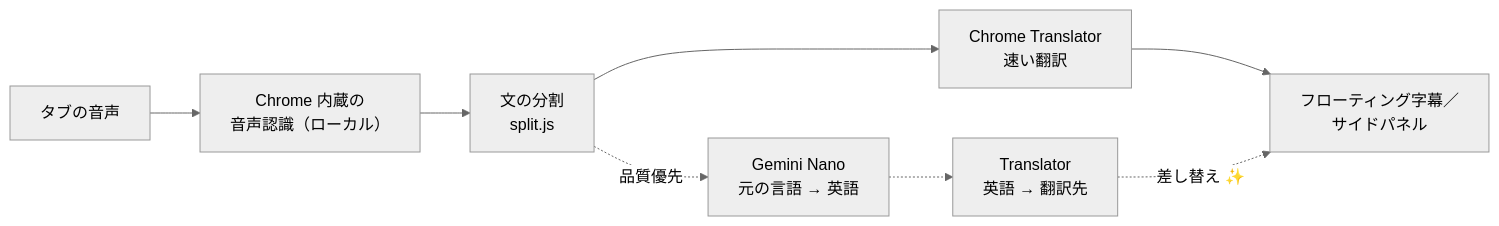
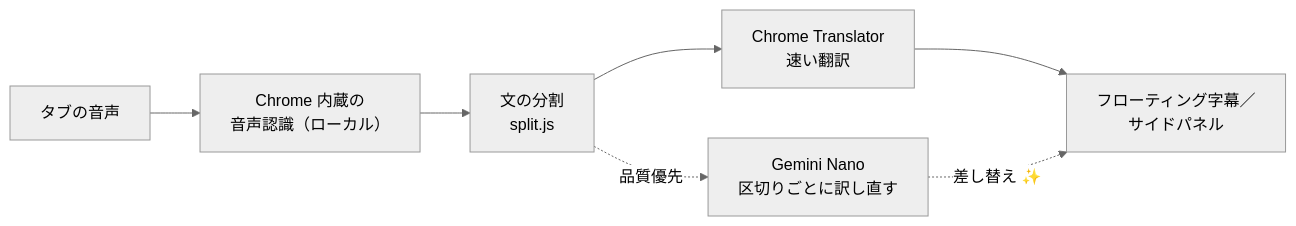
Before and after one commit to Ashur5457/freelivesub: the diagram in README.ja.md, drawn with Mermaid (neutral theme). The commit also changed other lines of this file and 13 other files, not shown here.

````diff
--- a/README.ja.md
+++ b/README.ja.md
@@ -41,10 +41,9 @@
 ```mermaid
 flowchart LR
   TAB["タブの音声"] --> SR["Chrome 内蔵の<br/>音声認識（ローカル）"]
   SR --> SPLIT["文の分割<br/>split.js"]
   SPLIT --> TR["Chrome Translator<br/>速い翻訳"]
   TR --> SUB["フローティング字幕／<br/>サイドパネル"]
-  SPLIT -. 品質優先 .-> NANO["Gemini Nano<br/>元の言語 → 英語"]
-  NANO -.-> TR2["Translator<br/>英語 → 翻訳先"]
-  TR2 -. 差し替え ✨ .-> SUB
+  SPLIT -. 品質優先 .-> NANO["Gemini Nano<br/>区切りごとに訳し直す"]
+  NANO -. 差し替え ✨ .-> SUB
 ```
````
